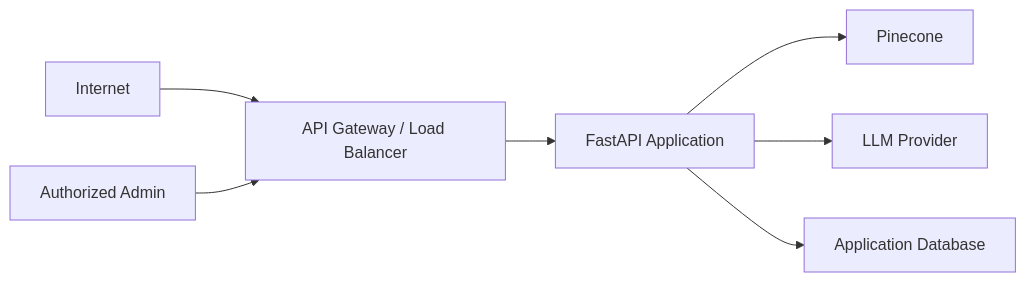
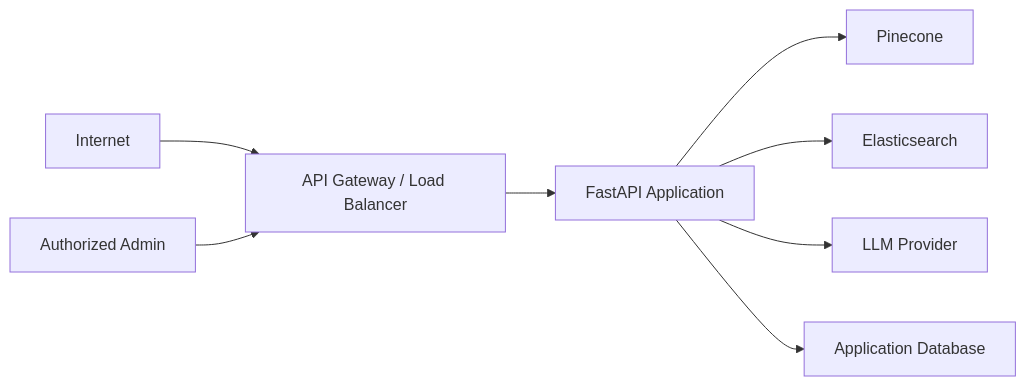
Before and after one commit to AdithyaGopakumar/Advanced-RAG-Banking: the tenth of 11 diagrams in docs/SECURITY.md, drawn with Mermaid. The commit also changed other lines of this file and 8 other files, not shown here.

````diff
--- a/docs/SECURITY.md
+++ b/docs/SECURITY.md
@@ -750,11 +751,12 @@
 ```mermaid
 flowchart LR
     Internet["Internet"] --> Gateway["API Gateway / Load Balancer"]
     Gateway --> API["FastAPI Application"]
 
     API --> Pinecone["Pinecone"]
+    API --> ES["Elasticsearch"]
     API --> LLM["LLM Provider"]
     API --> DB["Application Database"]
 
     Admin["Authorized Admin"] --> Gateway
 ```
````
